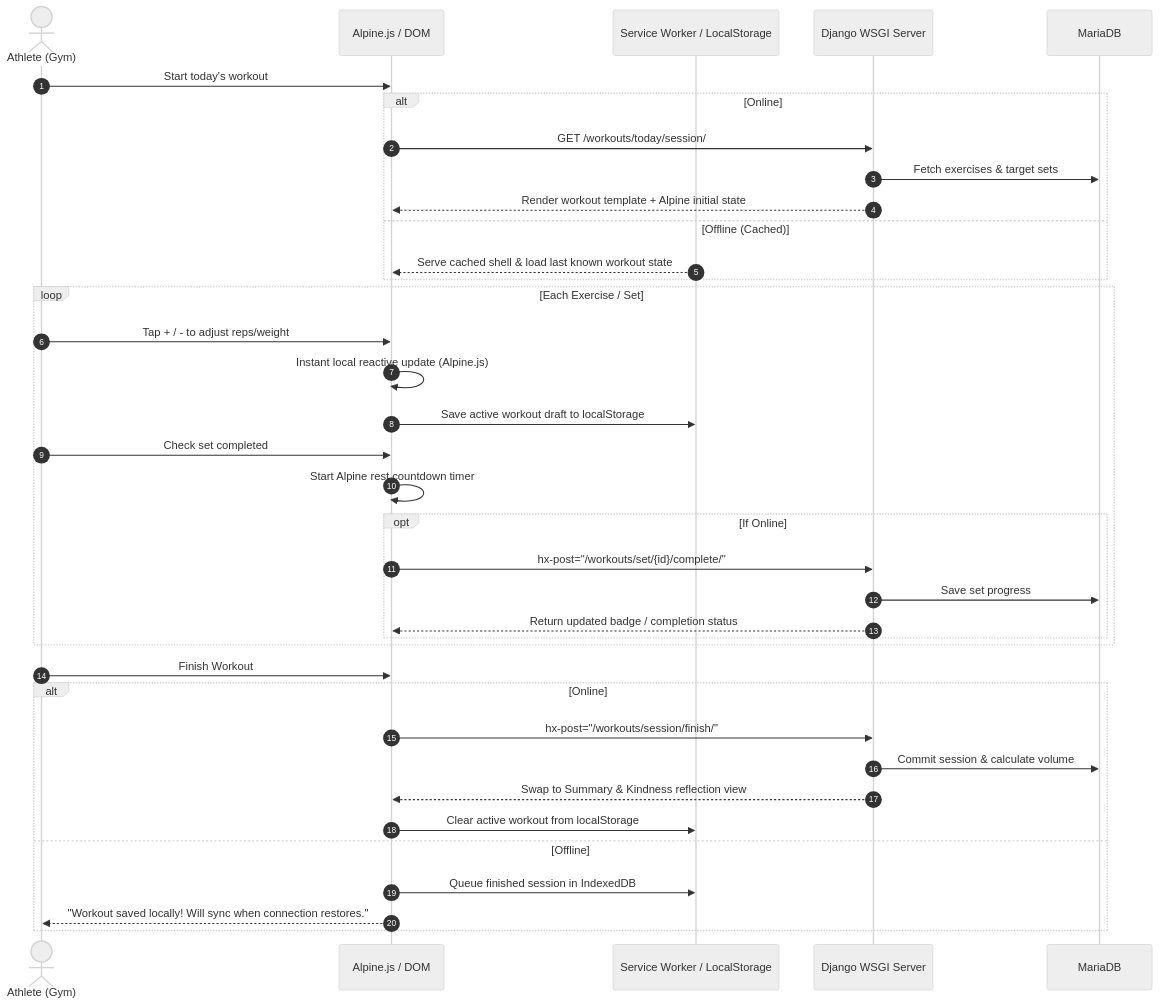
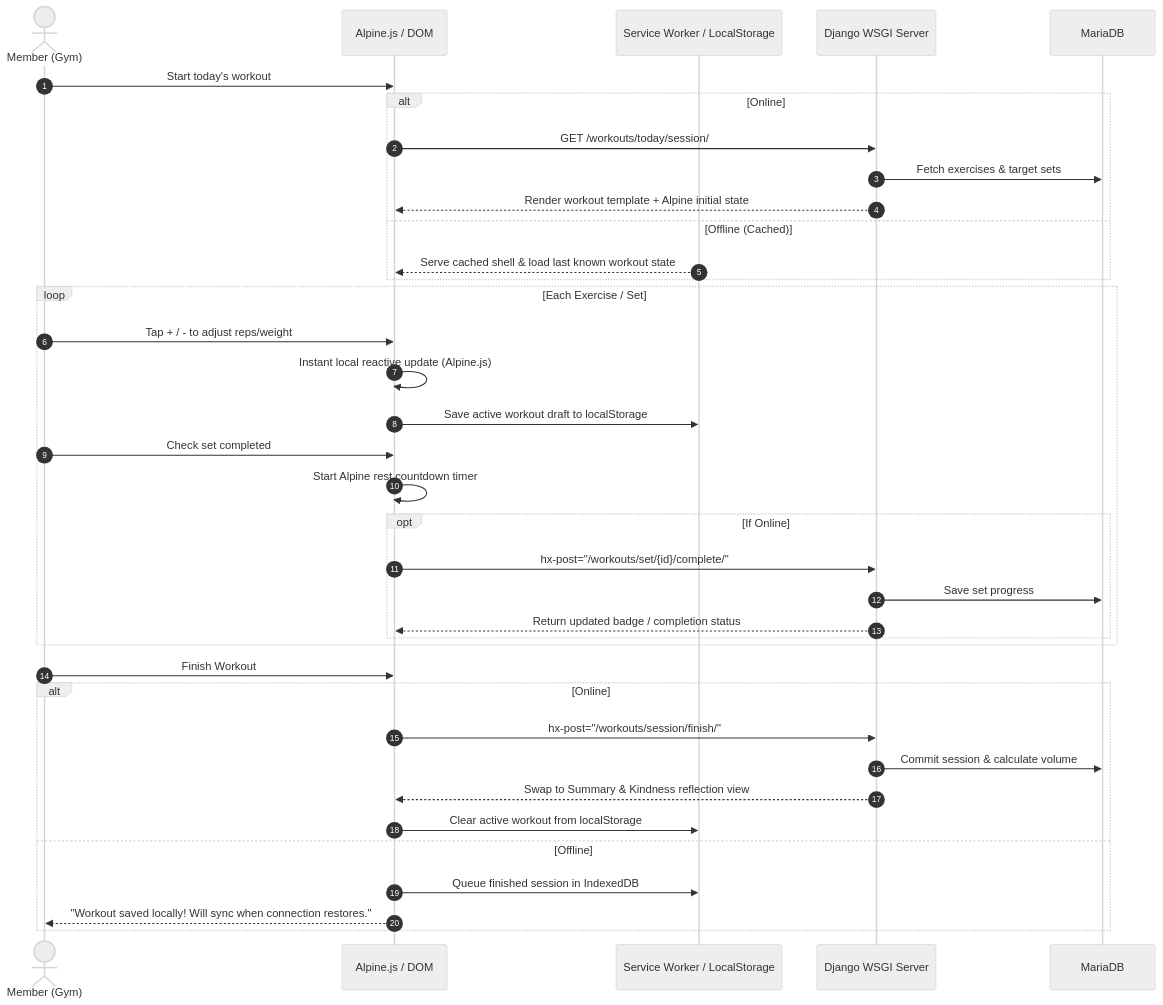
The fourth of 4 diagrams in ARCHITECTURE.md (JoelLindberg/grow), drawn with Mermaid (neutral theme) before and after one commit. The commit also changed other lines of this file and 22 other files, not shown here.

````diff
--- a/ARCHITECTURE.md
+++ b/ARCHITECTURE.md
@@ -187,42 +217,42 @@
 ```mermaid
 sequenceDiagram
     autonumber
-    actor User as Athlete (Gym)
+    actor User as Member (Gym)
     participant UI as Alpine.js / DOM
     participant SW as Service Worker / LocalStorage
     participant Django as Django WSGI Server
     participant DB as MariaDB
 
     User->>UI: Start today's workout
     alt Online
         UI->>Django: GET /workouts/today/session/
         Django->>DB: Fetch exercises & target sets
         Django-->>UI: Render workout template + Alpine initial state
     else Offline (Cached)
         SW-->>UI: Serve cached shell & load last known workout state
     end
 
     loop Each Exercise / Set
         User->>UI: Tap + / - to adjust reps/weight
         UI->>UI: Instant local reactive update (Alpine.js)
         UI->>SW: Save active workout draft to localStorage
         User->>UI: Check set completed
         UI->>UI: Start Alpine rest countdown timer
         opt If Online
             UI->>Django: hx-post="/workouts/set/{id}/complete/"
             Django->>DB: Save set progress
             Django-->>UI: Return updated badge / completion status
         end
     end
 
     User->>UI: Finish Workout
     alt Online
         UI->>Django: hx-post="/workouts/session/finish/"
         Django->>DB: Commit session & calculate volume
         Django-->>UI: Swap to Summary & Kindness reflection view
         UI->>SW: Clear active workout from localStorage
     else Offline
         UI->>SW: Queue finished session in IndexedDB
         UI-->>User: "Workout saved locally! Will sync when connection restores."
     end
 ```
````
